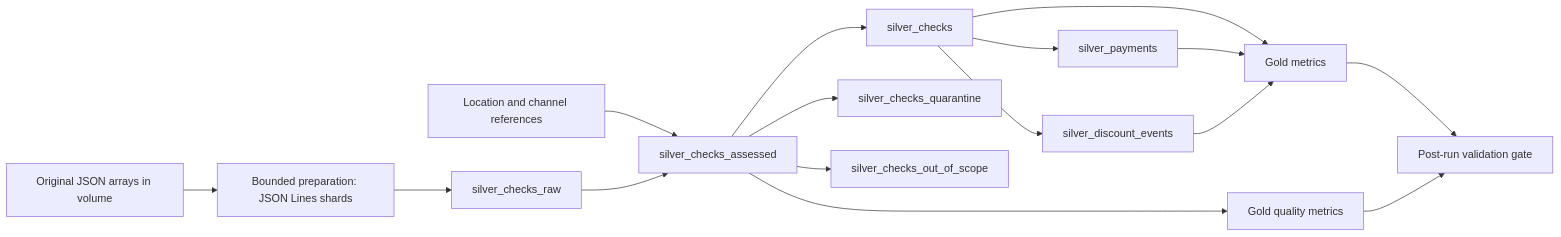
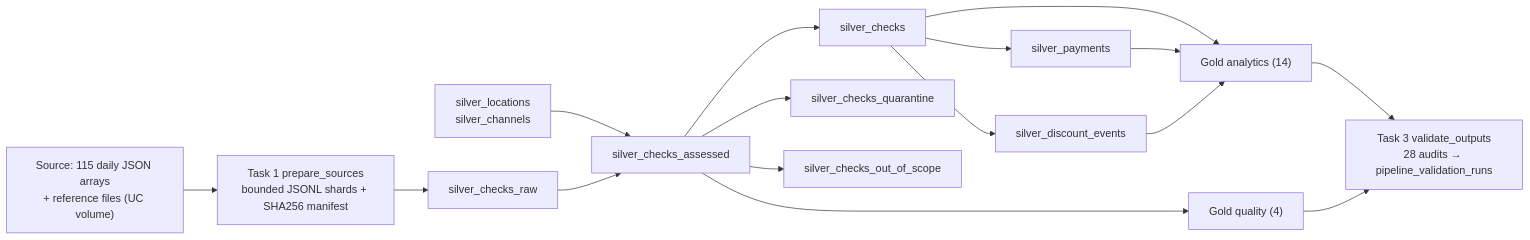
The diagram in README.md (brunogcampa/sun-holdings-applebees-fraud-detection), drawn with Mermaid before and after one commit. The commit also changed other lines of this file and 75 other files, not shown here.

````diff
--- a/README.md
+++ b/README.md
@@ -83,18 +75,18 @@
 ```mermaid
 flowchart LR
-    A[Original JSON arrays in volume] --> N[Bounded preparation: JSON Lines shards]
+    A["Source: 115 daily JSON arrays<br/>+ reference files (UC volume)"] --> N["Task 1 prepare_sources<br/>bounded JSONL shards + SHA256 manifest"]
     N --> B[silver_checks_raw]
-    L[Location and channel references] --> C[silver_checks_assessed]
+    L["silver_locations<br/>silver_channels"] --> C[silver_checks_assessed]
     B --> C
     C --> D[silver_checks]
     C --> Q[silver_checks_quarantine]
     C --> O[silver_checks_out_of_scope]
     D --> P[silver_payments]
     D --> E[silver_discount_events]
-    D --> G[Gold metrics]
+    D --> G["Gold analytics (14)"]
     P --> G
     E --> G
-    C --> K[Gold quality metrics]
-    G --> V[Post-run validation gate]
+    C --> K["Gold quality (4)"]
+    G --> V["Task 3 validate_outputs<br/>28 audits → pipeline_validation_runs"]
     K --> V
 ```
````
